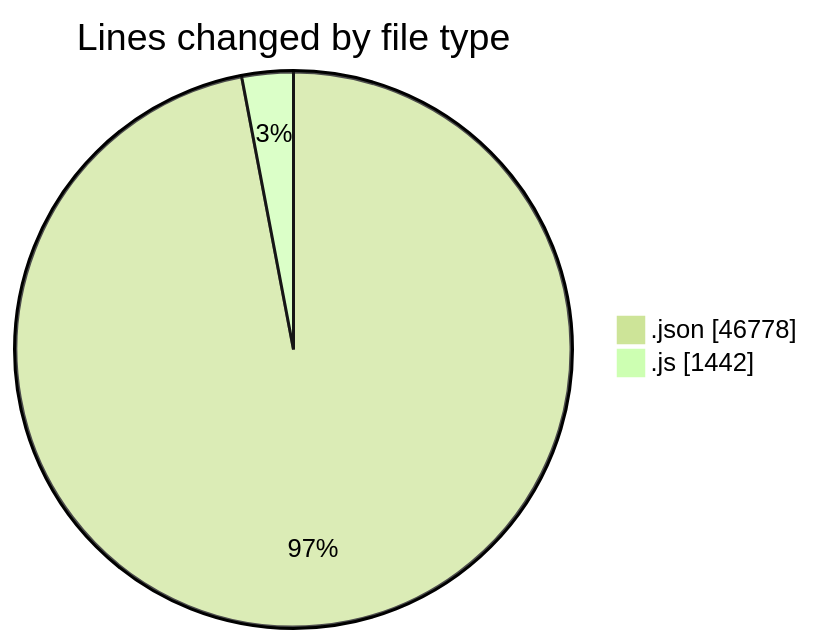
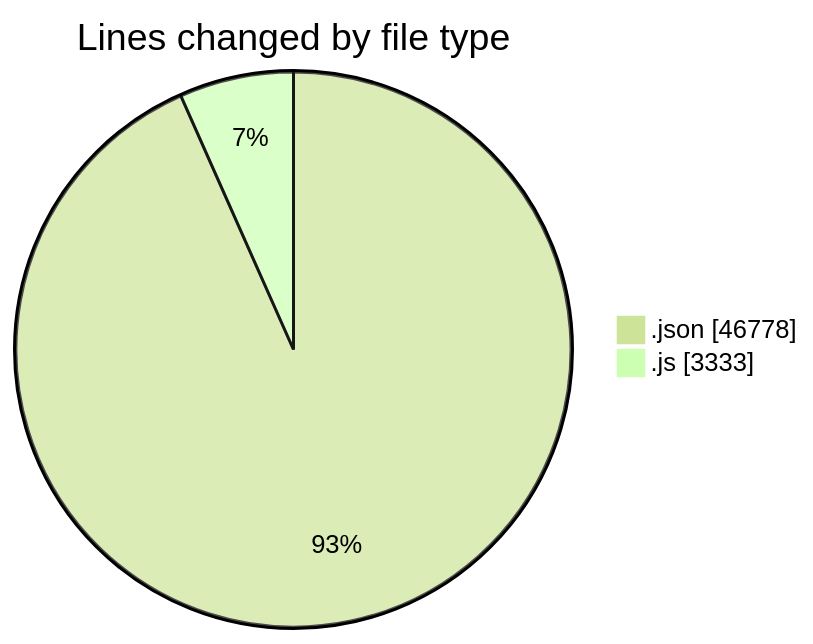
One commit to lephambinh05/code-tracking changed the first of 2 diagrams in 2025-07-11/eduwallet-main/README.md. Above: the diagram before and after it, drawn with Mermaid (forest theme). The commit also changed other lines of this file and 1 other file, not shown here.

````diff
--- a/2025-07-11/eduwallet-main/README.md
+++ b/2025-07-11/eduwallet-main/README.md
@@ -25,6 +32,6 @@
 ```mermaid
 pie showData
 title Lines changed by file type
 ".json" : 46778
-".js" : 1442
+".js" : 3333
 ```
````
